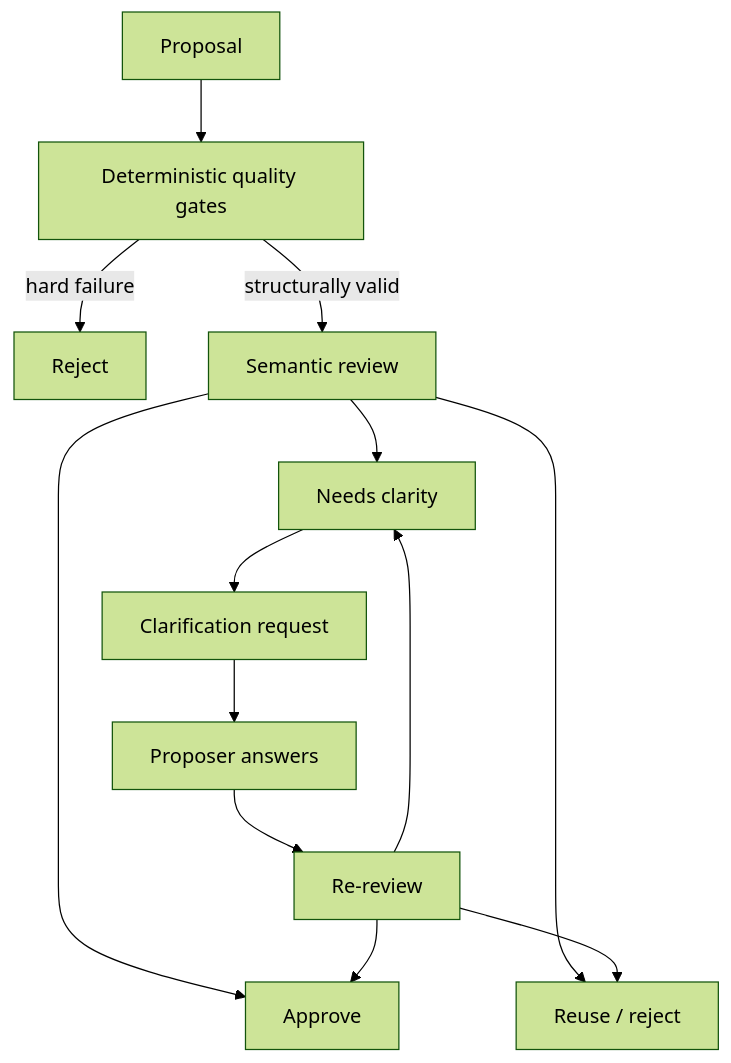
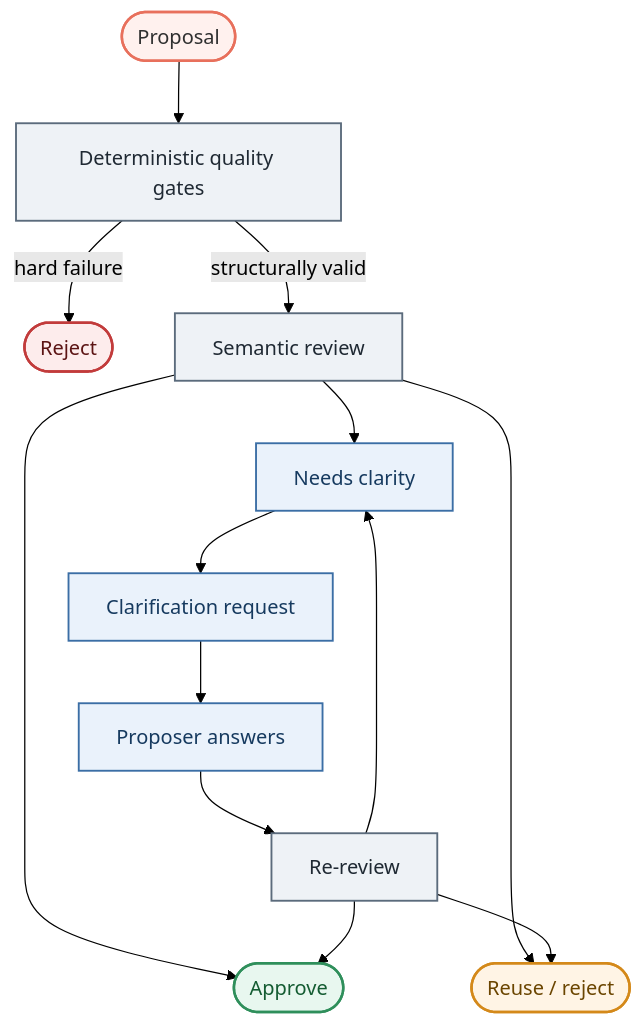
The diagram in README.md (didac-crst/AtlasSynapse), drawn with Mermaid (forest theme) before and after one commit.

Commit message:
docs(readme): color-code the quality-gate mermaid diagram
Make approve, reject, reuse, and clarification paths visually distinct
so the governance flow is easier to scan.

````diff
--- a/README.md
+++ b/README.md
@@ -399,15 +399,31 @@
 ```mermaid
 flowchart TD
-  proposal[Proposal] --> gates[Deterministic quality gates]
-  gates -->|hard failure| reject[Reject]
+  proposal([Proposal]) --> gates[Deterministic quality gates]
+  gates -->|hard failure| reject([Reject])
   gates -->|structurally valid| semantic[Semantic review]
-  semantic --> approve[Approve]
-  semantic --> reuse[Reuse / reject]
+
+  semantic --> approve([Approve])
+  semantic --> reuse([Reuse / reject])
   semantic --> clarity[Needs clarity]
+
   clarity --> ask[Clarification request]
   ask --> answer[Proposer answers]
   answer --> rereview[Re-review]
   rereview --> approve
   rereview --> reuse
   rereview --> clarity
+
+  classDef start fill:#FFF1EE,stroke:#E8705C,color:#303030,stroke-width:2px
+  classDef process fill:#EEF2F6,stroke:#5B6B7C,color:#1F2933,stroke-width:1.5px
+  classDef reject fill:#FDECEC,stroke:#C23B3B,color:#5C1414,stroke-width:2px
+  classDef approve fill:#E8F7EF,stroke:#2F8F5B,color:#145C32,stroke-width:2px
+  classDef reuse fill:#FFF4E5,stroke:#D4891A,color:#6B4500,stroke-width:2px
+  classDef clarify fill:#EAF2FB,stroke:#3B6EA5,color:#163A5F,stroke-width:1.5px
+
+  class proposal start
+  class gates,semantic,rereview process
+  class reject reject
+  class approve approve
+  class reuse reuse
+  class clarity,ask,answer clarify
 ```
````
